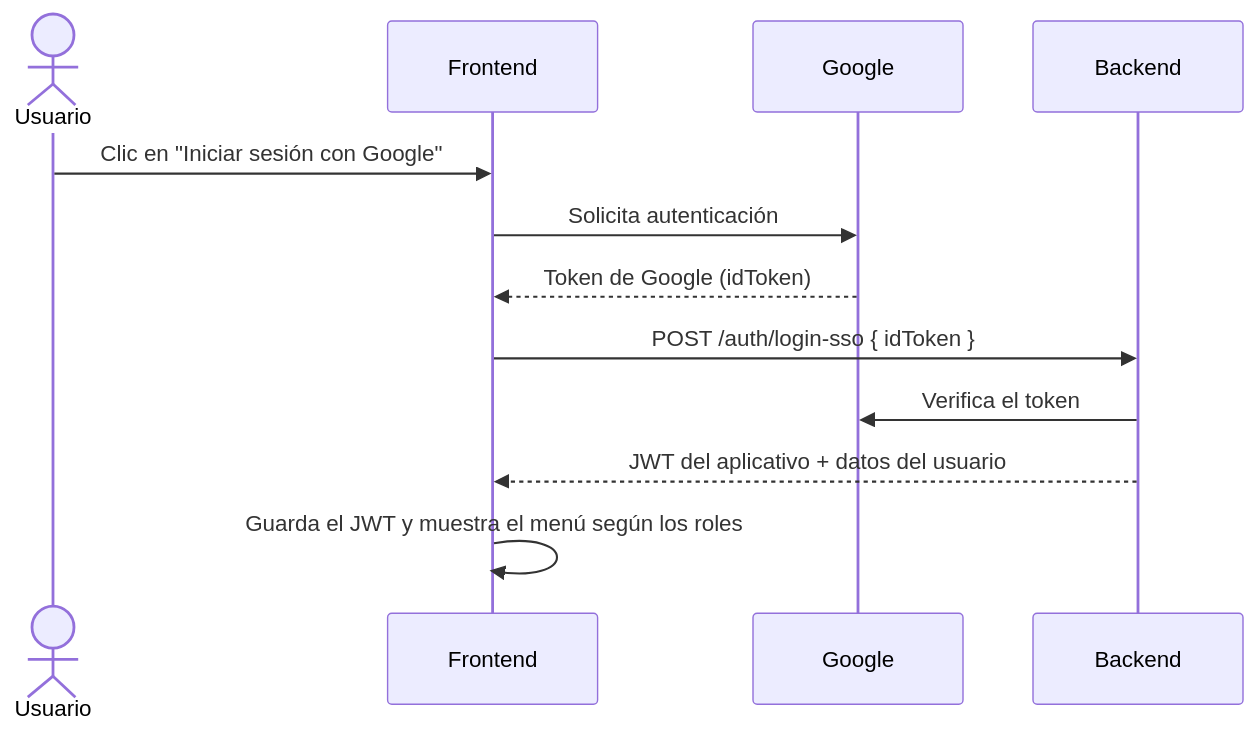
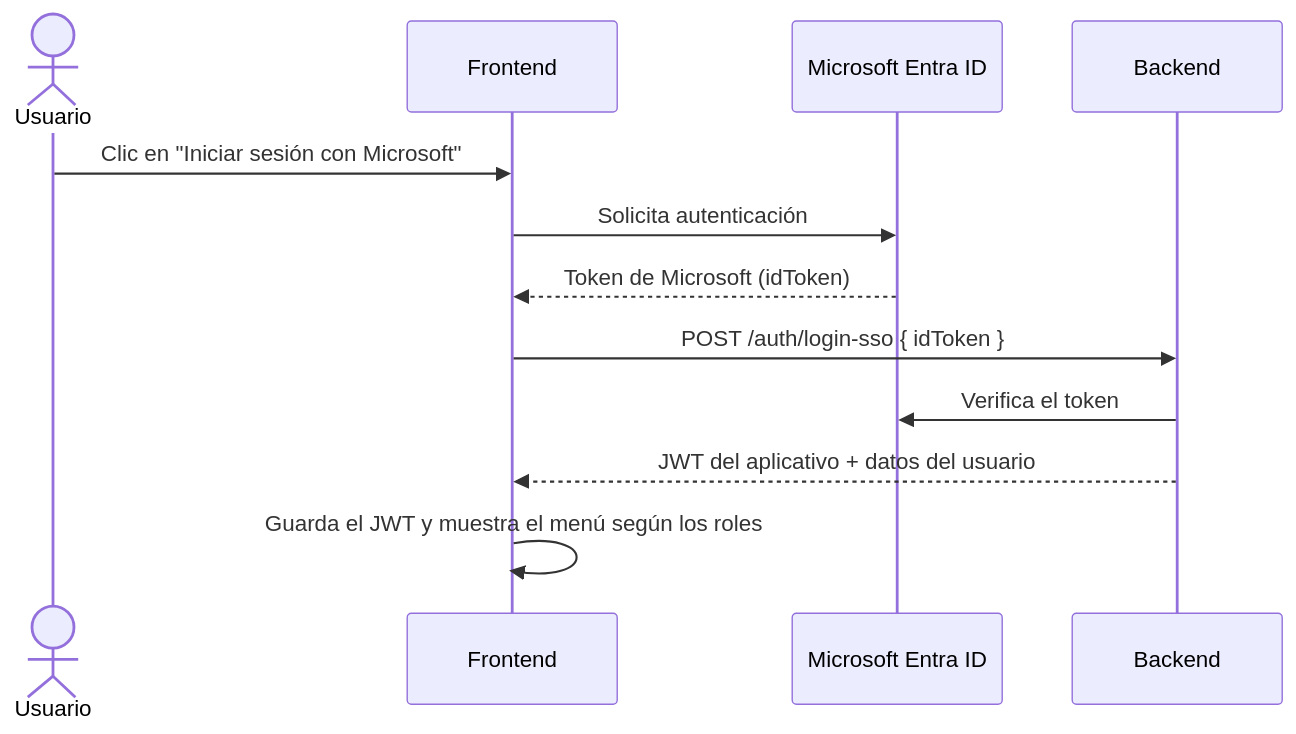
The second of 4 diagrams in frontend/README.md (practicantePMO/Aplicativo-Flujo-Capex-Opex), drawn with Mermaid before and after one commit. The commit also changed other lines of this file and 23 other files, not shown here.

Commit message:
feat(auth): retirar el inicio de sesión con Google y dejar Entra ID como único proveedor

````diff
--- a/frontend/README.md
+++ b/frontend/README.md
@@ -147,14 +146,14 @@
 ```mermaid
 sequenceDiagram
     actor U as Usuario
     participant F as Frontend
-    participant G as Google
+    participant G as Microsoft Entra ID
     participant B as Backend
-    U->>F: Clic en "Iniciar sesión con Google"
+    U->>F: Clic en "Iniciar sesión con Microsoft"
     F->>G: Solicita autenticación
-    G-->>F: Token de Google (idToken)
+    G-->>F: Token de Microsoft (idToken)
     F->>B: POST /auth/login-sso { idToken }
     B->>G: Verifica el token
     B-->>F: JWT del aplicativo + datos del usuario
     F->>F: Guarda el JWT y muestra el menú según los roles
 ```
````
